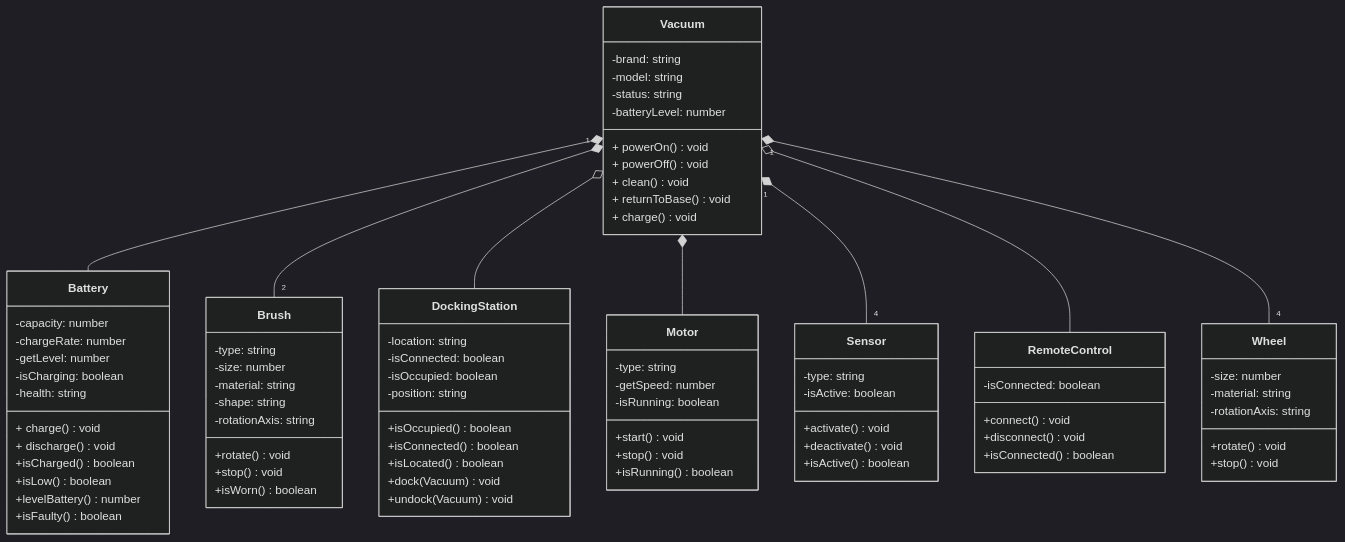
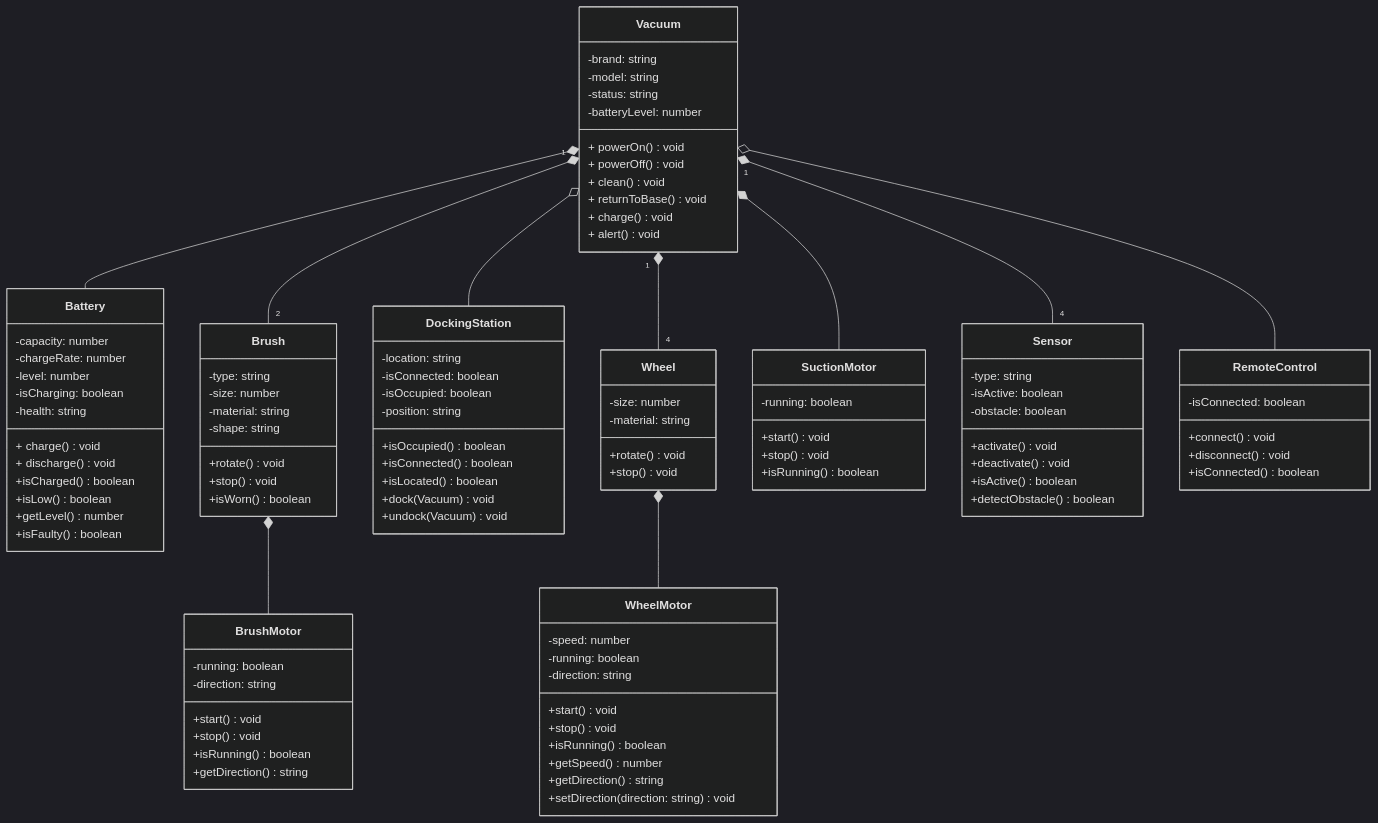
One commit to elisabettadalmasso/system-design-diagrams changed the diagram in robot-vacuum/vacuum-class-diagram.md. Above: the diagram before and after it, drawn with Mermaid (dark theme). The commit also changed 3 other files, not shown here.

Commit message:
docs: update vacuum class diagram and add sequence diagram

```diff
--- a/robot-vacuum/vacuum-class-diagram.md
+++ b/robot-vacuum/vacuum-class-diagram.md
@@ -10,19 +10,20 @@
         + clean()void
         + returnToBase()void
         + charge()void
+        + alert() void
     }
 
     class Battery {
         -capacity: number
         -chargeRate: number
-        -getLevel: number
+        -level: number
         -isCharging: boolean
         -health: string
         + charge()void
         + discharge()void
         +isCharged() boolean
         +isLow() boolean
-        +levelBattery() number
+        +getLevel() number
         +isFaulty() boolean
     }
     Vacuum *-- Battery
@@ -32,7 +33,6 @@
         -size: number
         -material: string
         -shape: string
-        -rotationAxis: string
         +rotate() void
         +stop() void
         +isWorn() boolean
@@ -52,23 +52,45 @@
     }
     Vacuum o-- DockingStation
 
-    class Motor {
-        -type: string
-        -getSpeed: number
-        -isRunning: boolean
+    class WheelMotor {
+        -speed: number
+        -running: boolean
+        -direction: string
+        +start() void
+        +stop() void
+        +isRunning() boolean
+        +getSpeed() number
+        +getDirection() string
+        +setDirection(direction: string) void
+    }
+    Wheel *-- WheelMotor
+
+    class BrushMotor {
+        -running: boolean
+        -direction: string
+        +start() void
+        +stop() void
+        +isRunning() boolean
+        +getDirection() string
+    }
+    Brush *-- BrushMotor
+
+    class SuctionMotor {
+        -running: boolean
         +start() void
         +stop() void
         +isRunning() boolean
     }
-    Vacuum *-- Motor
+    Vacuum *-- SuctionMotor
 
     class Sensor {
         -type: string
         -isActive: boolean
+        -obstacle: boolean
         +activate() void
         +deactivate() void
         +isActive() boolean
-        
+        +detectObstacle() boolean
     }
     Vacuum "1" *-- "4" Sensor
 
@@ -84,7 +106,6 @@
     class Wheel {
         -size: number
         -material: string
-        -rotationAxis: string
         +rotate() void
         +stop() void
         
```
